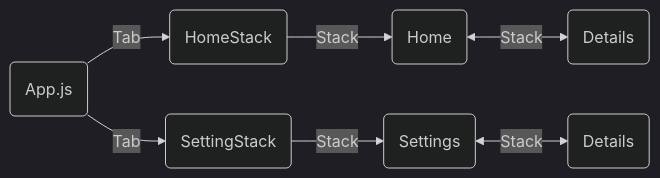
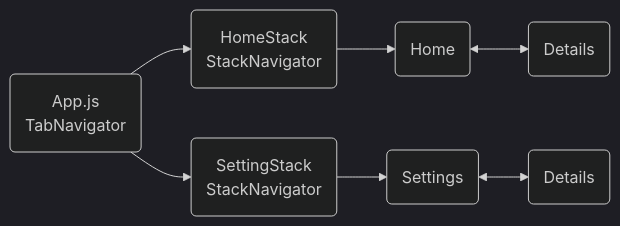
One commit to rgomide/react-native-web-lessons changed the diagram in 03-3-stack-navigator-for-each-tab/README.md. Above: the diagram before and after it, drawn with Mermaid (dark theme). The commit also changed other lines of this file, not shown here.

````diff
--- a/03-3-stack-navigator-for-each-tab/README.md
+++ b/03-3-stack-navigator-for-each-tab/README.md
@@ -14,10 +20,10 @@
 ```mermaid
 graph LR;
-    A(App.js)-- Tab -->B(HomeStack);
-    B-- Stack -->D(Home)
-    D<-- Stack -->E(Details)
-    A-- Tab -->C(SettingStack);
-    C-- Stack -->F(Settings)
-    F<-- Stack -->G(Details)
+    A(App.js<br/>TabNavigator)-->B(HomeStack<br/>StackNavigator);
+    B-->D(Home)
+    D<-->E(Details)
+    A-->C(SettingStack<br/>StackNavigator);
+    C-->F(Settings)
+    F<-->G(Details)
     
 ```
````
